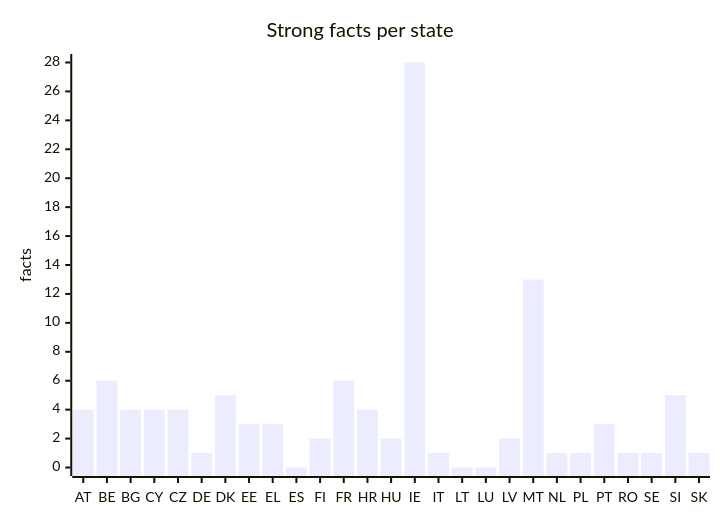
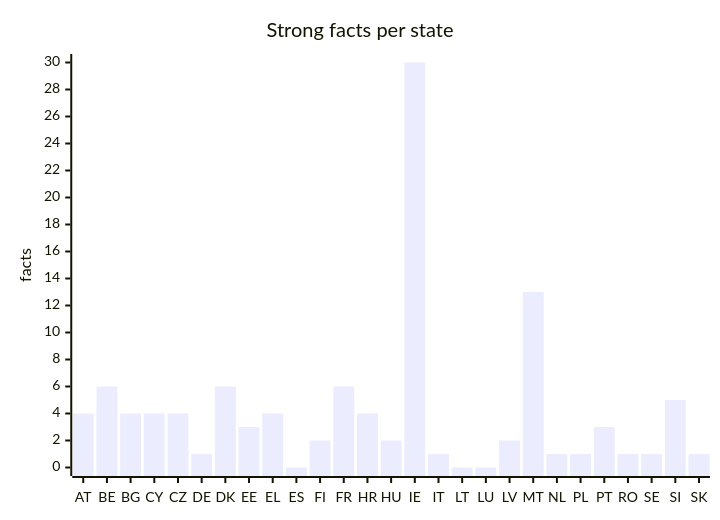
The fifth of 5 diagrams in docs/evidence.md (EU27-data-sovereignty/eu27-data-sovereignty), drawn with Mermaid before and after one commit. The commit also changed other lines of this file and 77 other files, not shown here.

````diff
--- a/docs/evidence.md
+++ b/docs/evidence.md
@@ -93,7 +93,7 @@
 ```mermaid
 xychart-beta
   title "Strong facts per state"
   x-axis [AT, BE, BG, CY, CZ, DE, DK, EE, EL, ES, FI, FR, HR, HU, IE, IT, LT, LU, LV, MT, NL, PL, PT, RO, SE, SI, SK]
-  y-axis "facts" 0 --> 28
-  bar [4, 6, 4, 4, 4, 1, 5, 3, 3, 0, 2, 6, 4, 2, 28, 1, 0, 0, 2, 13, 1, 1, 3, 1, 1, 5, 1]
+  y-axis "facts" 0 --> 30
+  bar [4, 6, 4, 4, 4, 1, 6, 3, 4, 0, 2, 6, 4, 2, 30, 1, 0, 0, 2, 13, 1, 1, 3, 1, 1, 5, 1]
 ```
````
